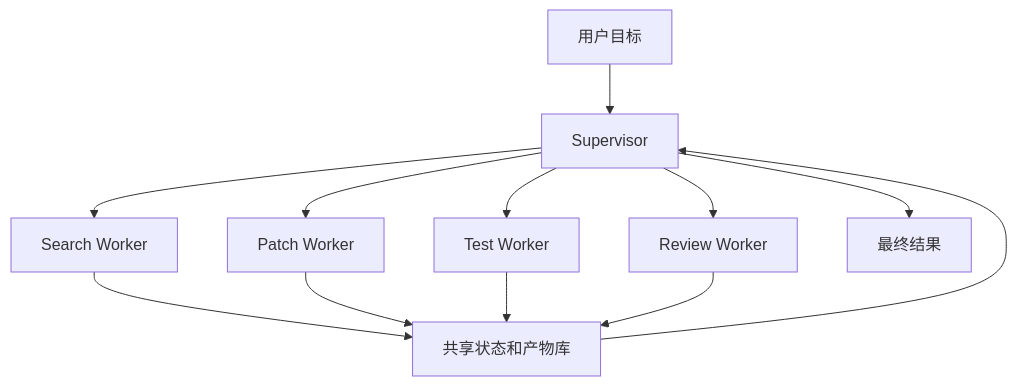
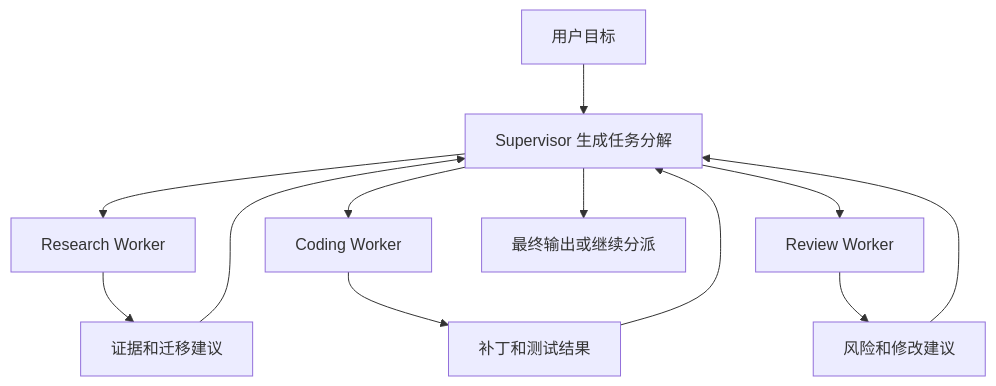
The first of 2 diagrams in docs/AI/Agent/Agent协作/Supervisor-Worker.md (Doge2077/liyyro), drawn with Mermaid before and after one commit. The commit also changed other lines of this file and 27 other files, not shown here.

````diff
--- a/docs/AI/Agent/Agent协作/Supervisor-Worker.md
+++ b/docs/AI/Agent/Agent协作/Supervisor-Worker.md
@@ -17,14 +30,14 @@
 ```mermaid
 flowchart TD
-  U["用户目标"] --> S["Supervisor"]
-  S --> A["Search Worker"]
-  S --> B["Patch Worker"]
-  S --> C["Test Worker"]
-  S --> D["Review Worker"]
-  A --> M["共享状态和产物库"]
-  B --> M
-  C --> M
-  D --> M
-  M --> S
-  S --> O["最终结果"]
+  A["用户目标"] --> S["Supervisor 生成任务分解"]
+  S --> W1["Research Worker"]
+  S --> W2["Coding Worker"]
+  S --> W3["Review Worker"]
+  W1 --> R1["证据和迁移建议"]
+  R1 --> S
+  W2 --> R2["补丁和测试结果"]
+  R2 --> S
+  W3 --> R3["风险和修改建议"]
+  R3 --> S
+  S --> F["最终输出或继续分派"]
 ```
````
